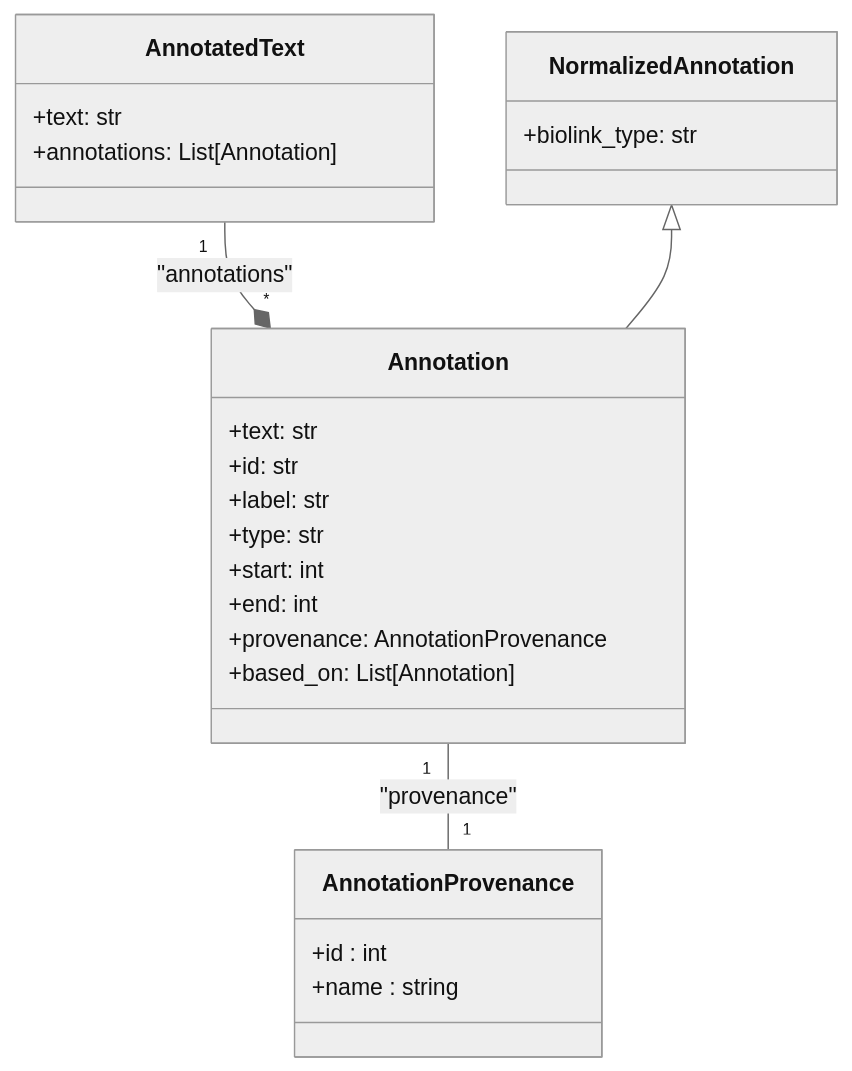
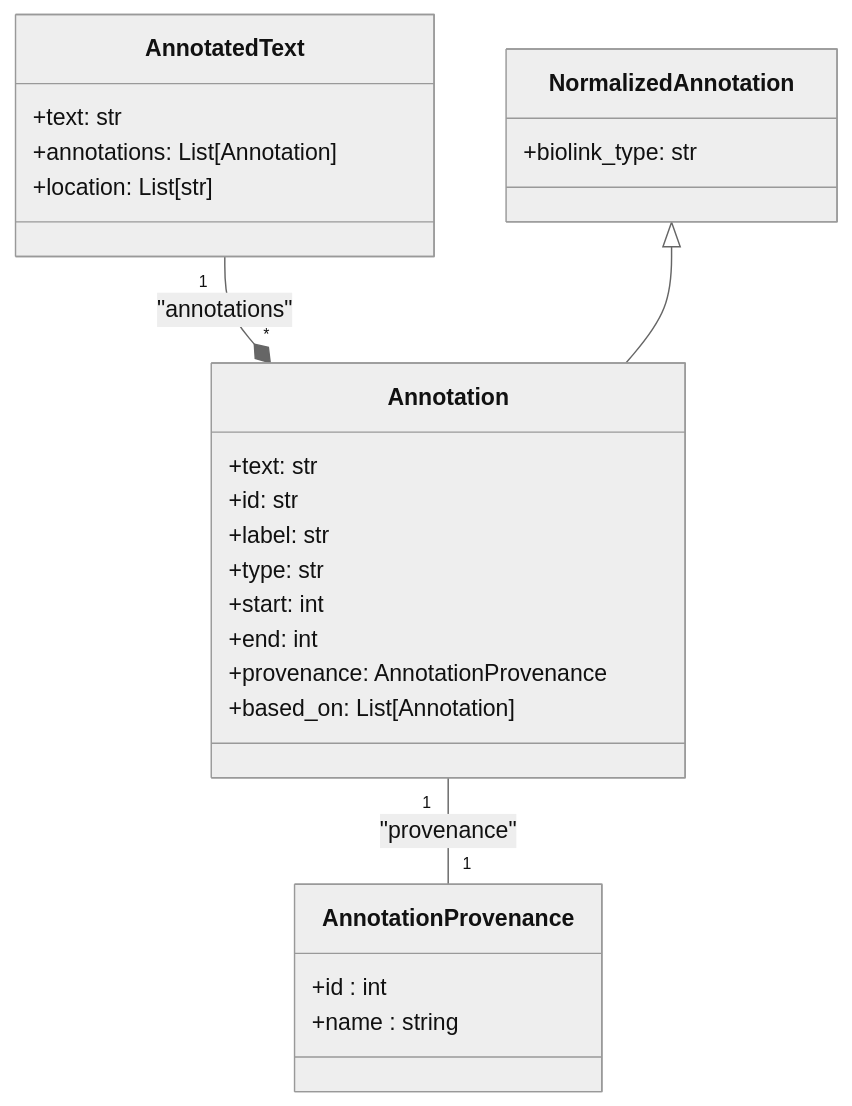
One commit to RENCI-NER/renci-ner changed the diagram in README.md. Above: the diagram before and after it, drawn with Mermaid (neutral theme). The commit also changed other lines of this file, not shown here.

Commit message:
Document location and to_dict() in the README

````diff
--- a/README.md
+++ b/README.md
@@ -39,33 +39,34 @@
 ```mermaid
 classDiagram
   direction TD
 
   class AnnotatedText {
     +text: str
     +annotations: List[Annotation]
+    +location: List[str]
   }
 
   class AnnotationProvenance {
     +id : int
     +name : string
   }
 
   class Annotation {
     +text: str
     +id: str
     +label: str
     +type: str
     +start: int
     +end: int
     +provenance: AnnotationProvenance
     +based_on: List[Annotation]
   }
 
   class NormalizedAnnotation {
      +biolink_type: str
   }
 
   Annotation "1" -- "1" AnnotationProvenance: "provenance"
   AnnotatedText "1" --* "*" Annotation: "annotations"
   NormalizedAnnotation <|-- Annotation
 ```
````
